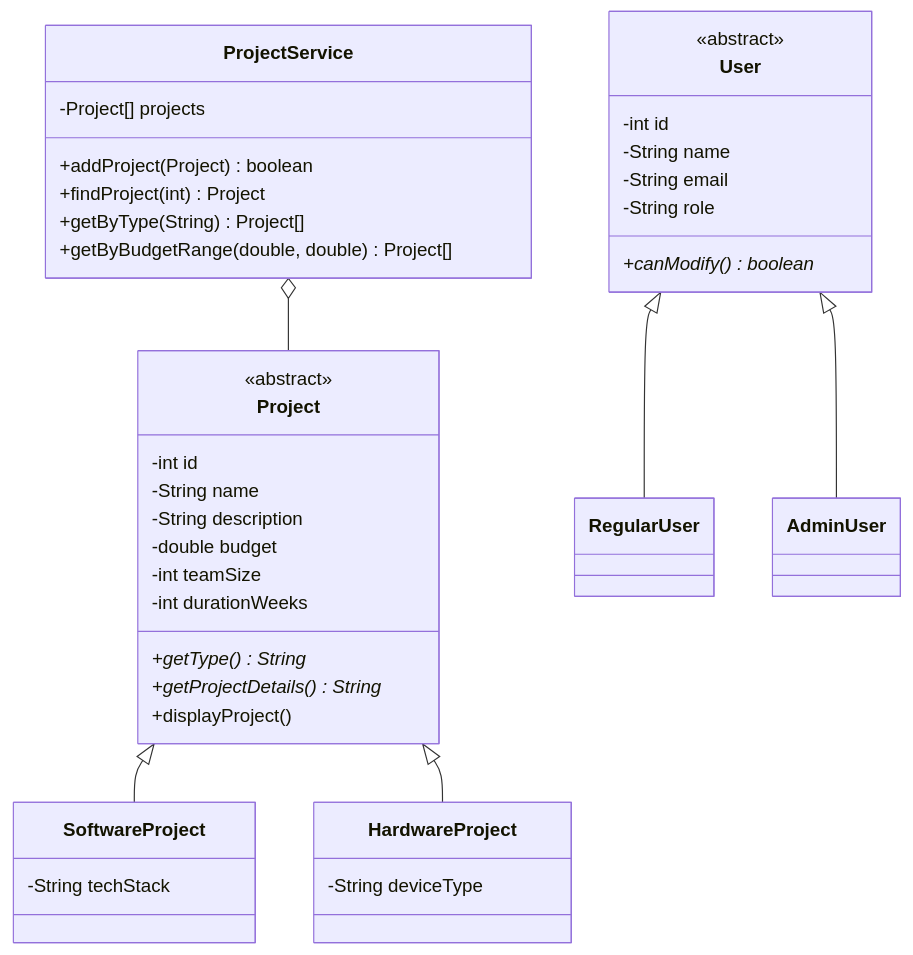
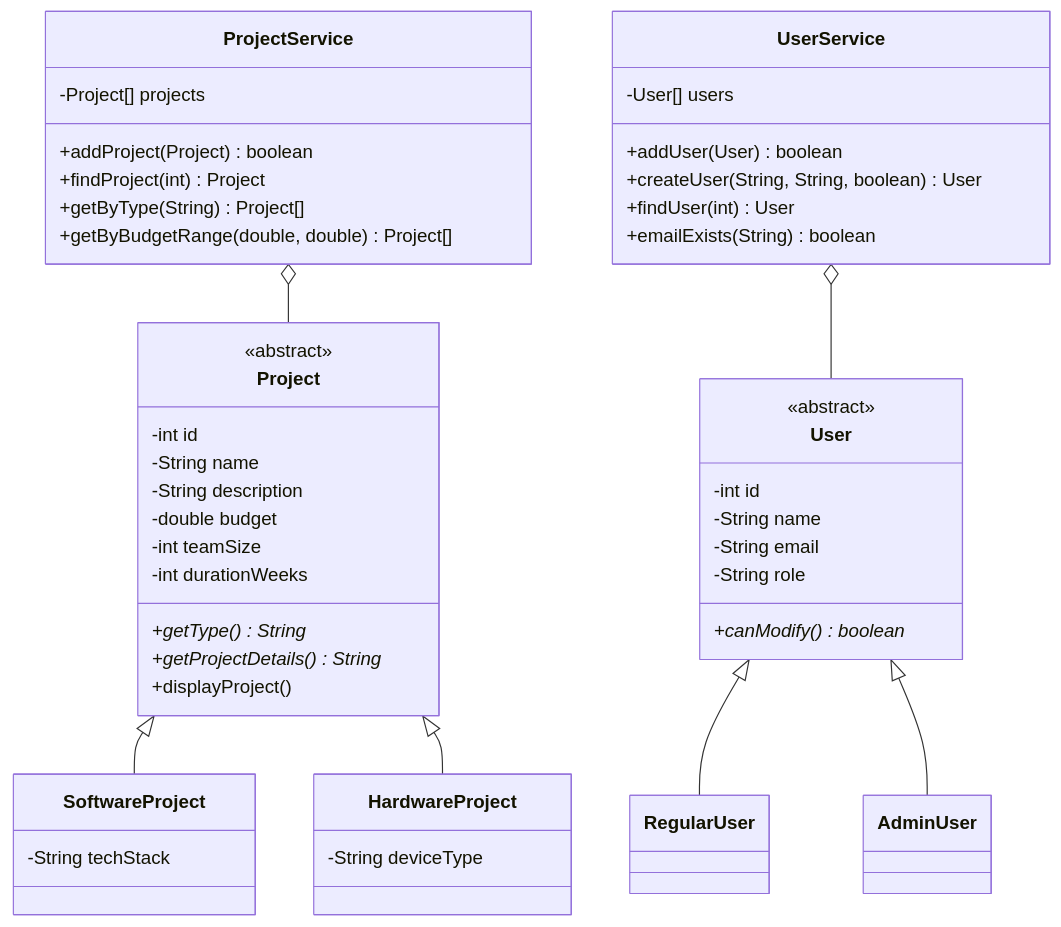
The diagram in docs/design-decisions.md (josephus-mupanda/project-management-system-agile-and-devops), drawn with Mermaid before and after one commit. The commit also changed other lines of this file and 4 other files, not shown here.

Commit message:
refactor: move user management from ConsoleMenu to a tested UserService

````diff
--- a/docs/design-decisions.md
+++ b/docs/design-decisions.md
@@ -20,44 +20,53 @@
 ```mermaid
 classDiagram
     class Project {
         <<abstract>>
         -int id
         -String name
         -String description
         -double budget
         -int teamSize
         -int durationWeeks
         +getType()* String
         +getProjectDetails()* String
         +displayProject()
     }
     class SoftwareProject {
         -String techStack
     }
     class HardwareProject {
         -String deviceType
     }
     class User {
         <<abstract>>
         -int id
         -String name
         -String email
         -String role
         +canModify()* boolean
     }
     class RegularUser
     class AdminUser
     class ProjectService {
         -Project[] projects
         +addProject(Project) boolean
         +findProject(int) Project
         +getByType(String) Project[]
         +getByBudgetRange(double, double) Project[]
     }
 
     Project <|-- SoftwareProject
     Project <|-- HardwareProject
     User <|-- RegularUser
     User <|-- AdminUser
+    class UserService {
+        -User[] users
+        +addUser(User) boolean
+        +createUser(String, String, boolean) User
+        +findUser(int) User
+        +emailExists(String) boolean
+    }
+
     ProjectService o-- Project
+    UserService o-- User
 ```
````
